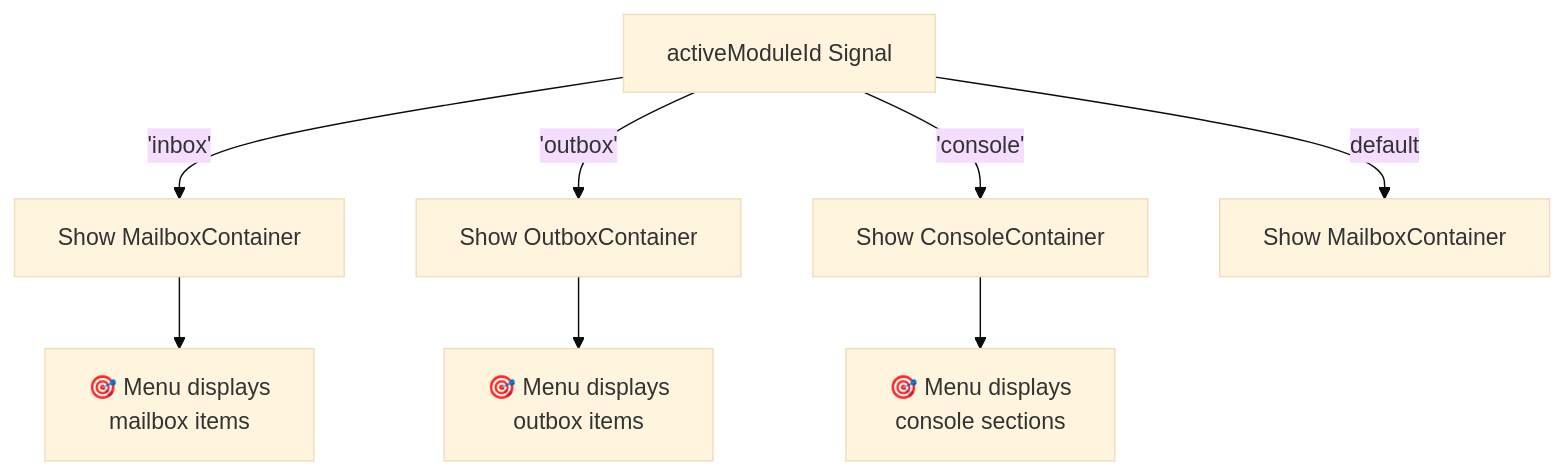
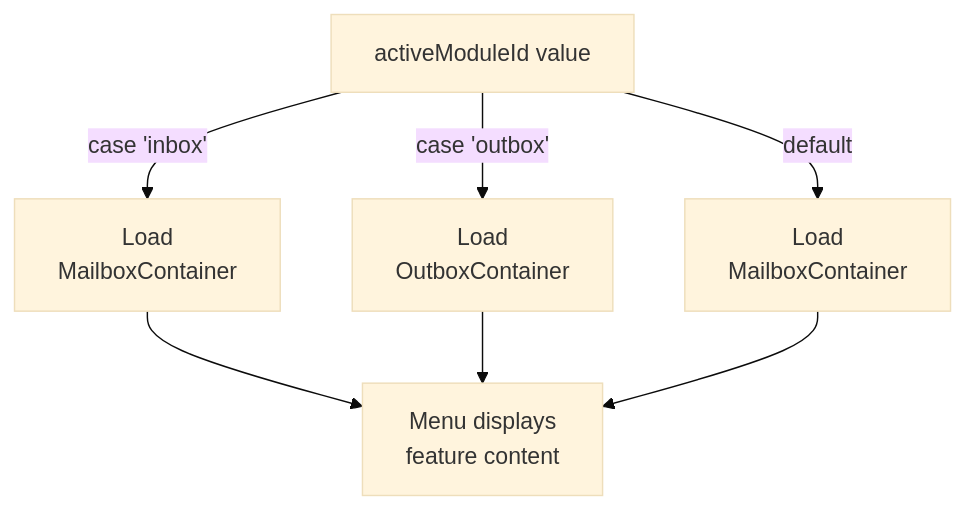
One commit to wiko-os/kl changed the fifth of 21 diagrams in ad.md. Above: the diagram before and after it, drawn with Mermaid (base theme). The commit also changed other lines of this file, not shown here.

Commit message:
Refactor feature workflow diagrams and descriptions

````diff
--- a/ad.md
+++ b/ad.md
@@ -84,12 +89,11 @@
 ```mermaid
 graph TD
-    A["activeModuleId Signal"]
-    A -->|'inbox'| B["Show MailboxContainer"]
-    A -->|'outbox'| C["Show OutboxContainer"]
-    A -->|'console'| D["Show ConsoleContainer"]
-    A -->|default| E["Show MailboxContainer"]
+    Start["activeModuleId value"] 
+    Start -->|case 'inbox'| Inbox["Load<br/>MailboxContainer"]
+    Start -->|case 'outbox'| Outbox["Load<br/>OutboxContainer"]
+    Start -->|default| Default["Load<br/>MailboxContainer"]
     
-    B --> F["🎯 Menu displays<br/>mailbox items"]
-    C --> G["🎯 Menu displays<br/>outbox items"]
-    D --> H["🎯 Menu displays<br/>console sections"]
+    Inbox --> Result["Menu displays<br/>feature content"]
+    Outbox --> Result
+    Default --> Result
 ```
````
